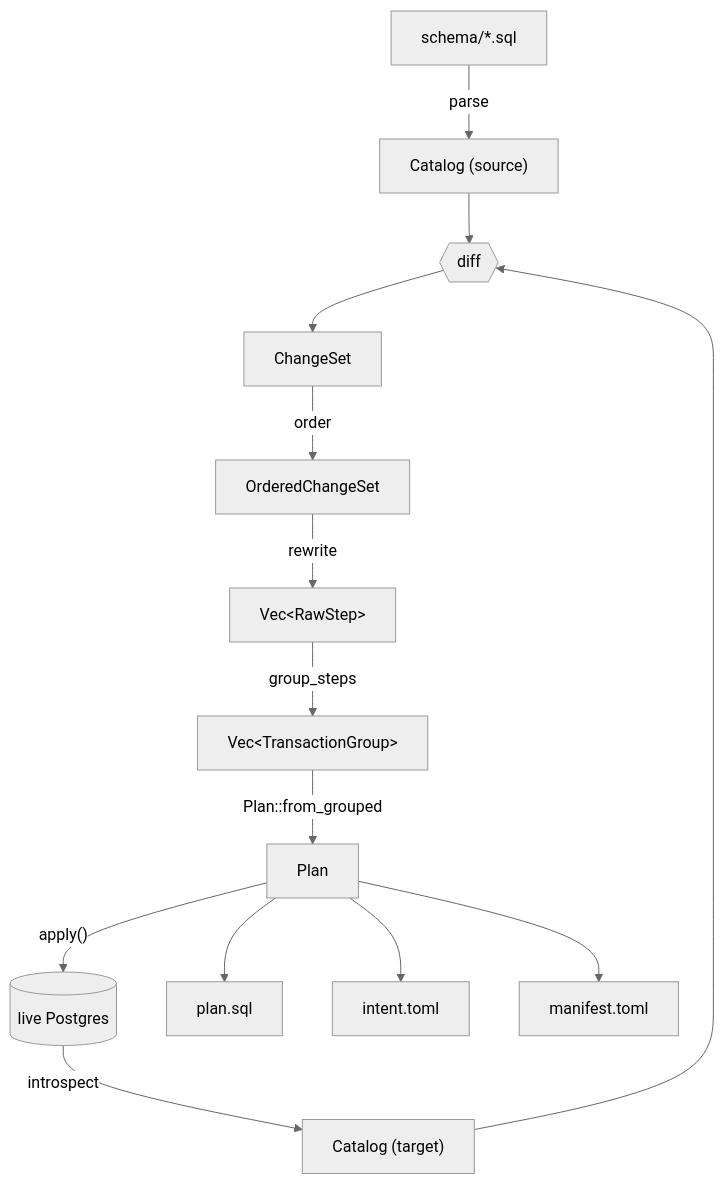
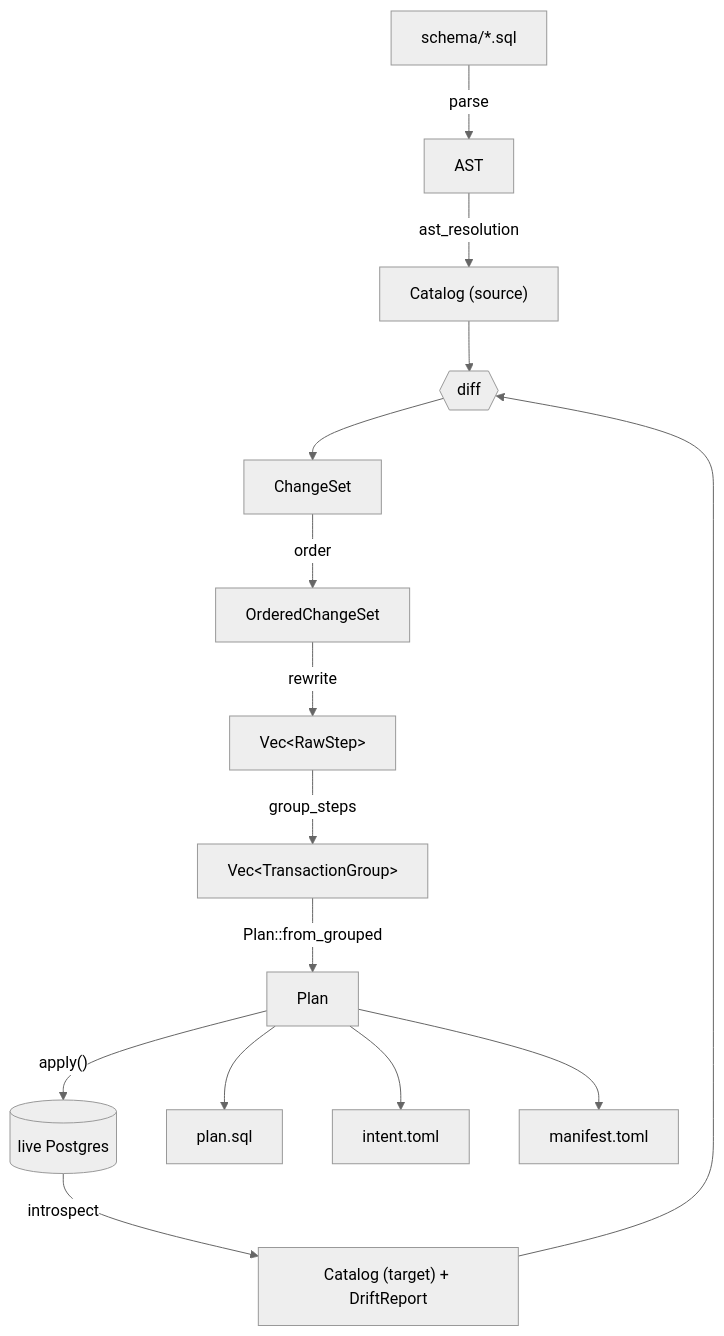
One commit to saosebastiao/pgevolve changed the diagram in docs/system/architecture.md. Above: the diagram before and after it, drawn with Mermaid (neutral theme). The commit also changed other lines of this file and 5 other files, not shown here.

````diff
--- a/docs/system/architecture.md
+++ b/docs/system/architecture.md
@@ -13,16 +13,17 @@
 ```mermaid
 flowchart TD
-    SQL["schema/*.sql"] -- parse --> Source["Catalog (source)"]
-    DB[("live Postgres")] -- introspect --> Target["Catalog (target)"]
+    SQL["schema/*.sql"] -- parse --> AST["AST"]
+    AST -- "ast_resolution" --> Source["Catalog (source)"]
+    DB[("live Postgres")] -- introspect --> CatPair["Catalog (target) + DriftReport"]
     Source --> Diff{{diff}}
-    Target --> Diff
+    CatPair --> Diff
     Diff --> CS["ChangeSet"]
     CS -- order --> OCS["OrderedChangeSet"]
     OCS -- rewrite --> Steps["Vec&lt;RawStep&gt;"]
     Steps -- group_steps --> Groups["Vec&lt;TransactionGroup&gt;"]
     Groups -- "Plan::from_grouped" --> Plan["Plan"]
     Plan --> PlanSql["plan.sql"]
     Plan --> Intent["intent.toml"]
     Plan --> Manifest["manifest.toml"]
     Plan -- "apply()" --> DB
 ```
````
